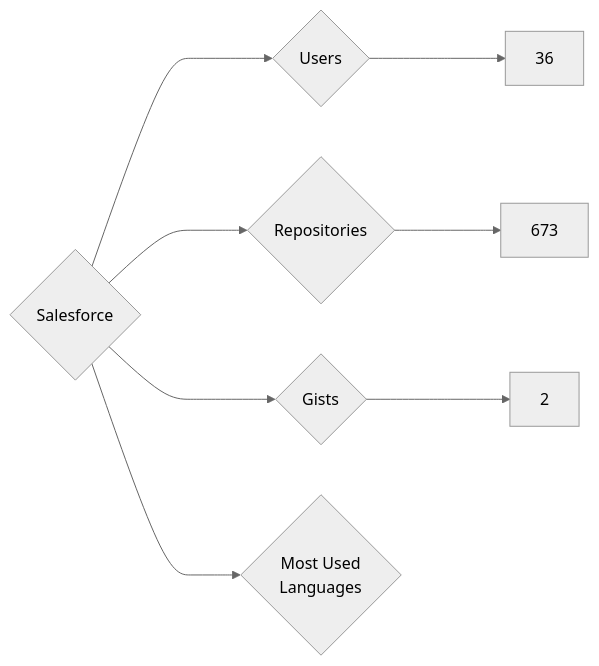
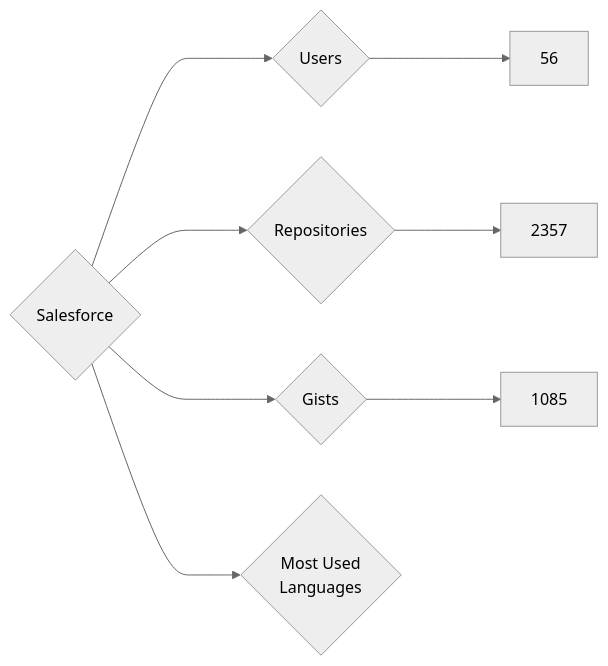
The diagram in targets/Salesforce/README.md (nenadzaric/insiders), drawn with Mermaid (neutral theme) before and after one commit. The commit also changed 1342 other files, not shown here.

````diff
--- a/targets/Salesforce/README.md
+++ b/targets/Salesforce/README.md
@@ -3,8 +3,8 @@
 ```mermaid
 graph LR
 COMPANY_NAME{Salesforce}
-COMPANY_NAME ---> U{Users} ---> UN[36]
-COMPANY_NAME ---> R{Repositories} ---> RN[673]
-COMPANY_NAME ---> G{Gists} ---> GN[2]
+COMPANY_NAME ---> U{Users} ---> UN[56]
+COMPANY_NAME ---> R{Repositories} ---> RN[2357]
+COMPANY_NAME ---> G{Gists} ---> GN[1085]
 COMPANY_NAME ---> ML{Most Used<br>Languages}
 ```
````
